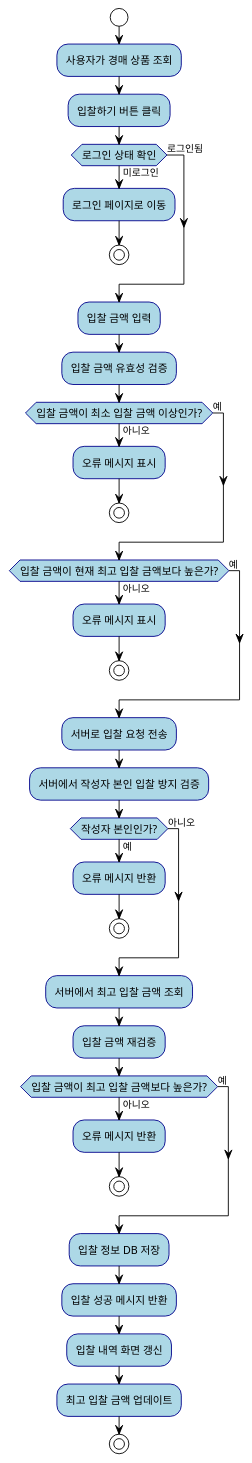
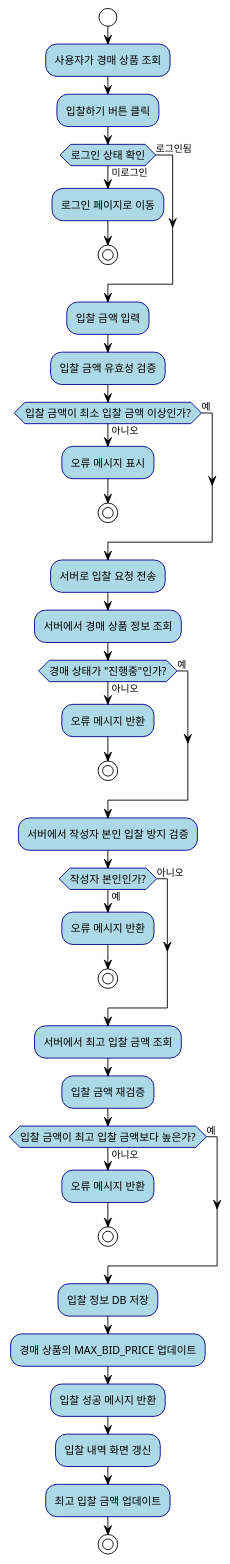
Before and after one commit to snlee1004/goldauction: the diagram in UML/activity_diagram.puml, drawn with PlantUML. The commit also changed 27 other files, not shown here.

```diff
--- a/UML/activity_diagram.puml
+++ b/UML/activity_diagram.puml
@@ -1,68 +1,72 @@
 @startuml 액티비티_다이어그램_경매_입찰_프로세스
 !theme plain
 skinparam defaultFontName "Malgun Gothic"
 skinparam activity {
     BackgroundColor LightBlue
     BorderColor DarkBlue
     FontSize 12
 }
 
 start
 
 :사용자가 경매 상품 조회;
 
 :입찰하기 버튼 클릭;
 
 if (로그인 상태 확인) then (미로그인)
     :로그인 페이지로 이동;
     stop
 else (로그인됨)
 endif
 
 :입찰 금액 입력;
 
 :입찰 금액 유효성 검증;
 
 if (입찰 금액이 최소 입찰 금액 이상인가?) then (아니오)
     :오류 메시지 표시;
     stop
 else (예)
 endif
 
-if (입찰 금액이 현재 최고 입찰 금액보다 높은가?) then (아니오)
-    :오류 메시지 표시;
+:서버로 입찰 요청 전송;
+
+:서버에서 경매 상품 정보 조회;
+
+if (경매 상태가 "진행중"인가?) then (아니오)
+    :오류 메시지 반환;
     stop
 else (예)
 endif
-
-:서버로 입찰 요청 전송;
 
 :서버에서 작성자 본인 입찰 방지 검증;
 
 if (작성자 본인인가?) then (예)
     :오류 메시지 반환;
     stop
 else (아니오)
 endif
 
 :서버에서 최고 입찰 금액 조회;
 
 :입찰 금액 재검증;
 
 if (입찰 금액이 최고 입찰 금액보다 높은가?) then (아니오)
     :오류 메시지 반환;
     stop
 else (예)
 endif
 
 :입찰 정보 DB 저장;
 
+:경매 상품의 MAX_BID_PRICE 업데이트;
+
 :입찰 성공 메시지 반환;
 
 :입찰 내역 화면 갱신;
 
 :최고 입찰 금액 업데이트;
 
 stop
 
 @enduml
```
